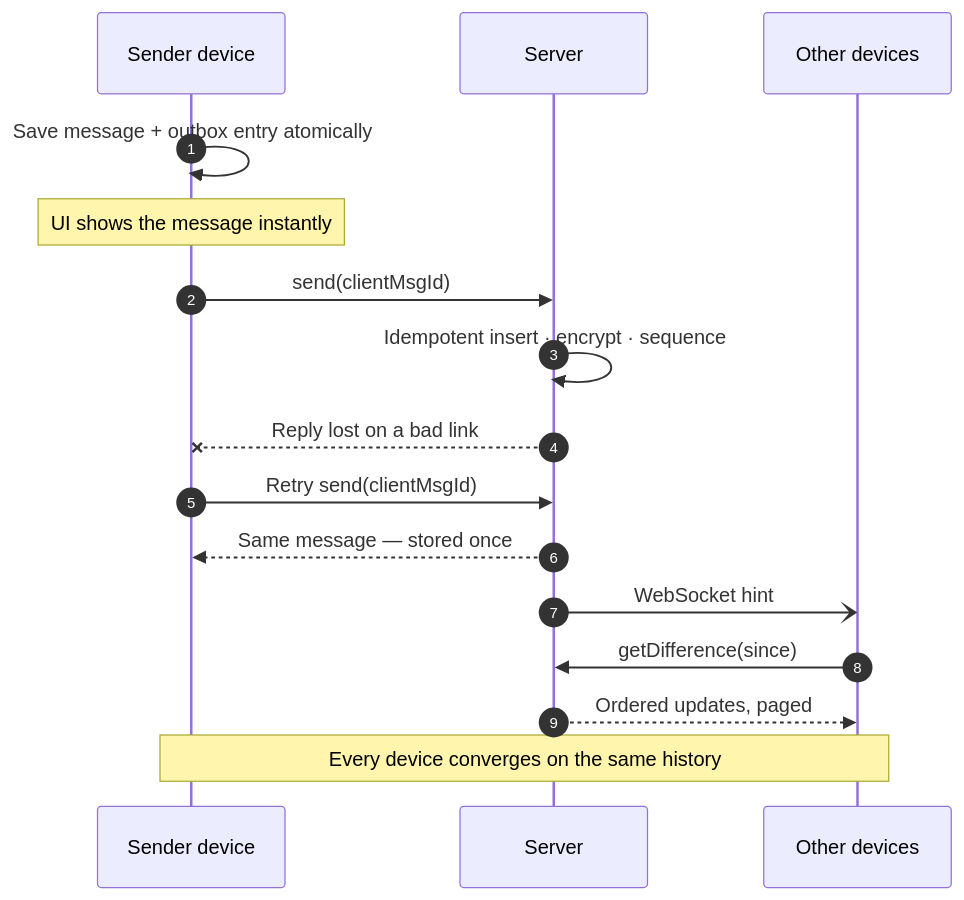
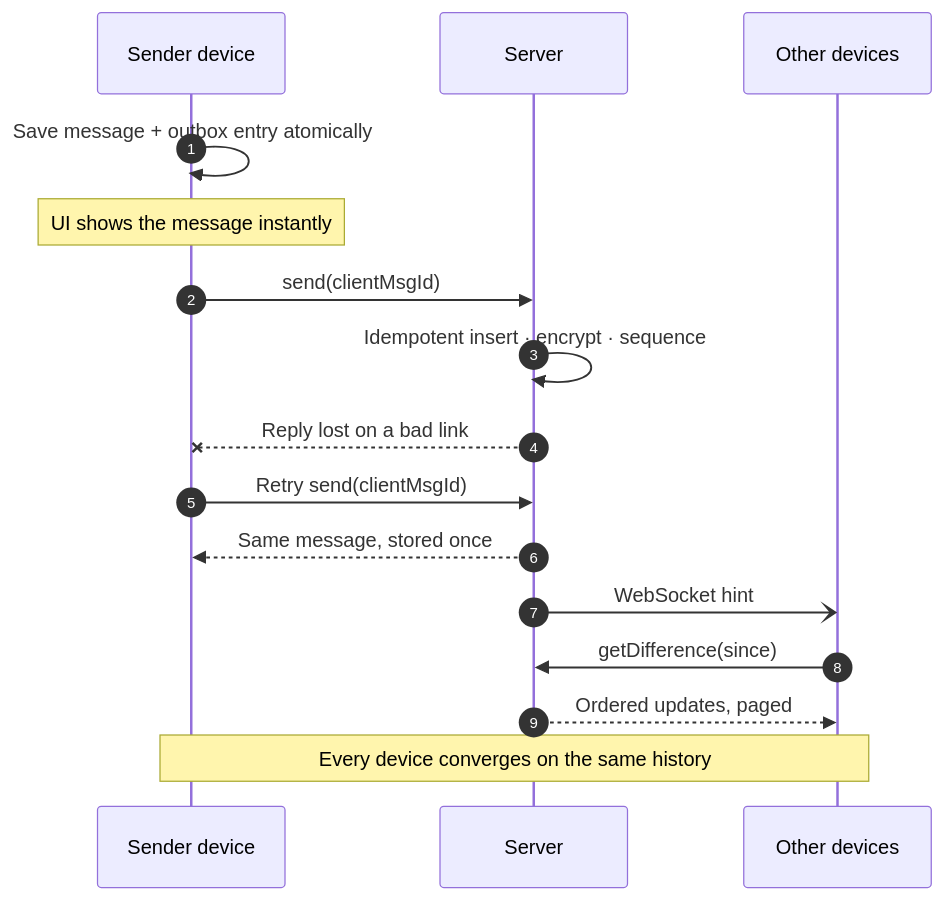
One commit to mmarufov/Toj changed the second of 2 diagrams in README.md. Above: the diagram before and after it, drawn with Mermaid. The commit also changed other lines of this file, not shown here.

````diff
--- a/README.md
+++ b/README.md
@@ -112,19 +112,19 @@
 ```mermaid
 sequenceDiagram
     autonumber
     participant A as Sender device
     participant S as Server
     participant B as Other devices
 
     A->>A: Save message + outbox entry atomically
     Note over A: UI shows the message instantly
     A->>S: send(clientMsgId)
     S->>S: Idempotent insert · encrypt · sequence
     S--xA: Reply lost on a bad link
     A->>S: Retry send(clientMsgId)
-    S-->>A: Same message — stored once
+    S-->>A: Same message, stored once
     S-)B: WebSocket hint
     B->>S: getDifference(since)
     S-->>B: Ordered updates, paged
     Note over A,B: Every device converges on the same history
 ```
````
